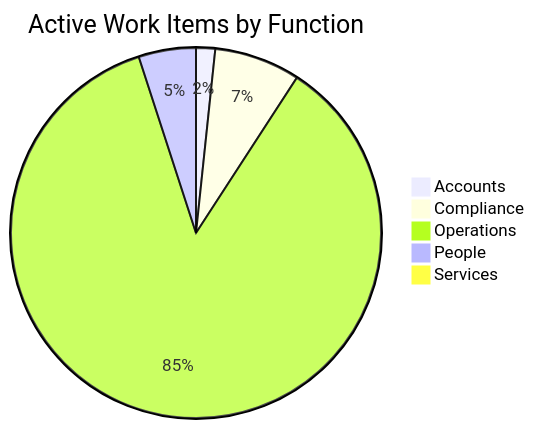
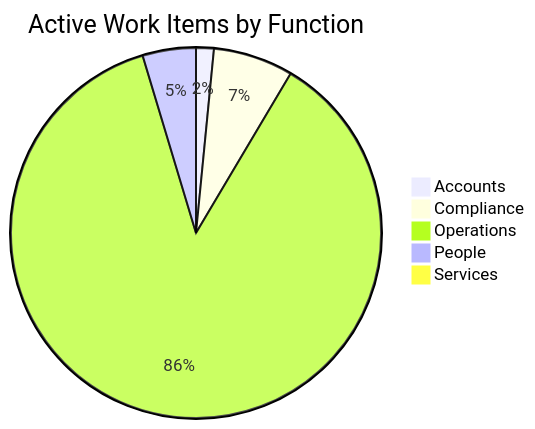
The first of 3 diagrams in dashboard.md (mgosal/5et.uk), drawn with Mermaid before and after one commit. The commit also changed other lines of this file and 3 other files, not shown here.

````diff
--- a/dashboard.md
+++ b/dashboard.md
@@ -216,8 +210,8 @@
 ```mermaid
 pie title Active Work Items by Function
     "Accounts" : 2
     "Compliance" : 9
-    "Operations" : 103
+    "Operations" : 112
     "People" : 6
     "Services" : 1
 ```
````
